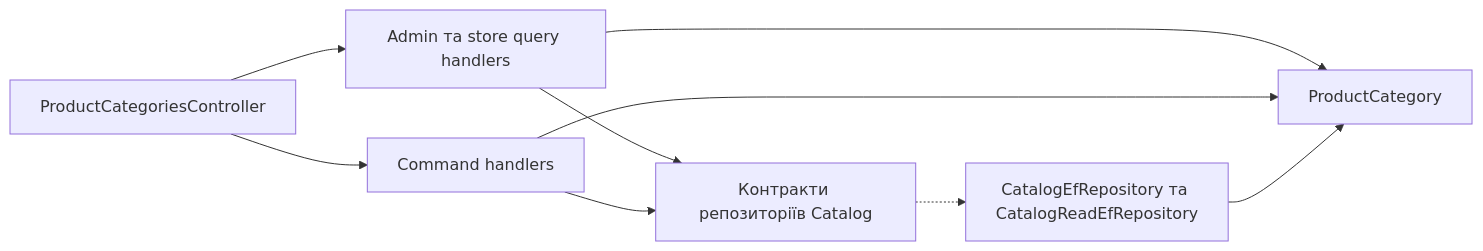
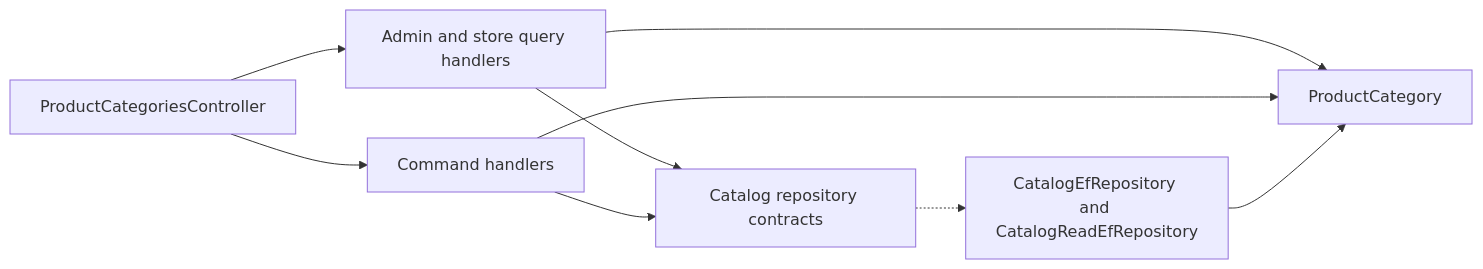
Before and after one commit to Weretik/BreviERP: the diagram in docs/sdd/features/catalog/categories.md, drawn with Mermaid. The commit also changed other lines of this file and 204 other files, not shown here.

````diff
--- a/docs/sdd/features/catalog/categories.md
+++ b/docs/sdd/features/catalog/categories.md
@@ -31,11 +31,11 @@
 ```mermaid
 flowchart LR
-    A["ProductCategoriesController"] --> B["Admin та store query handlers"]
+    A["ProductCategoriesController"] --> B["Admin and store query handlers"]
     A --> C["Command handlers"]
     B --> D["ProductCategory"]
     C --> D
-    B --> E["Контракти репозиторіїв Catalog"]
+    B --> E["Catalog repository contracts"]
     C --> E
-    E -.-> F["CatalogEfRepository та CatalogReadEfRepository"]
+    E -.-> F["CatalogEfRepository and CatalogReadEfRepository"]
     F --> D
 ```
````
